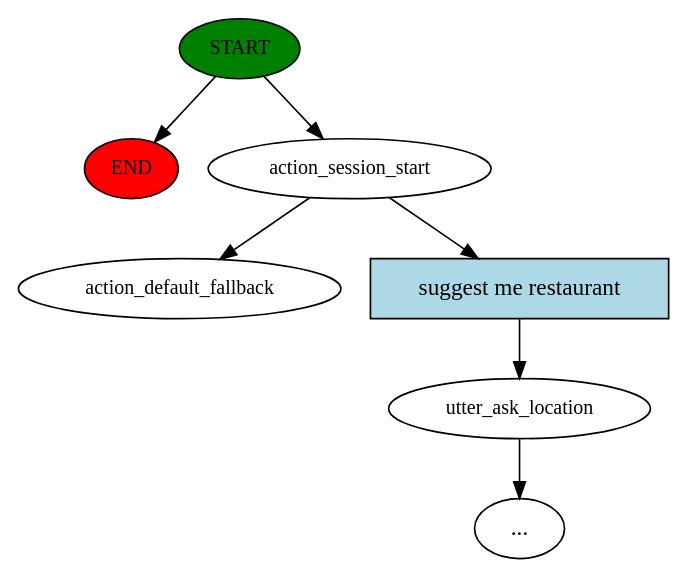
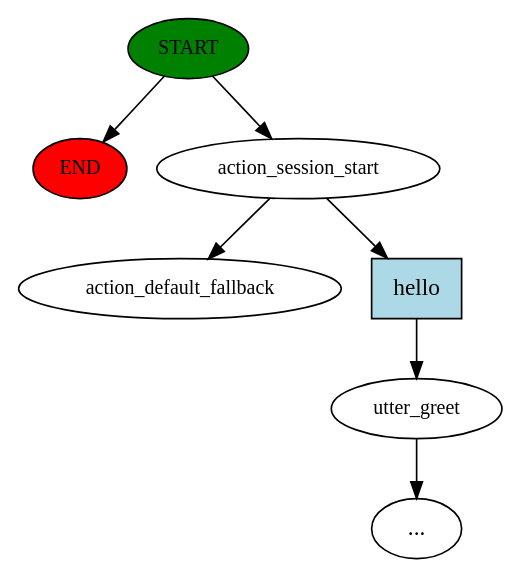
Before and after one commit to ashwanikumar04/rasa-chatbot: the diagram in story_graph.dot, drawn with Graphviz. The commit also changed 9 other files, not shown here.

```diff
--- a/story_graph.dot
+++ b/story_graph.dot
@@ -1,15 +1,15 @@
 digraph  {
 0 [class="start active", fillcolor=green, fontsize=12, label=START, style=filled];
 "-1" [class=end, fillcolor=red, fontsize=12, label=END, style=filled];
 1 [class=active, fontsize=12, label=action_session_start];
-2 [class="", fontsize=12, label=utter_ask_location];
+2 [class="", fontsize=12, label=utter_greet];
 "-3" [class=ellipsis, label="..."];
 4 [class="dashed active", fontsize=12, label=action_default_fallback];
-5 [class=intent, fillcolor=lightblue, label="suggest me restaurant", shape=rect, style=filled];
+5 [class=intent, fillcolor=lightblue, label=hello, shape=rect, style=filled];
 0 -> "-1"  [class="", key=NONE, label=""];
 0 -> 1  [class=active, key=NONE, label=""];
 1 -> 4  [class=active, key=NONE, label=""];
 1 -> 5  [class="", key=0];
 2 -> "-3"  [class="", key=NONE, label=""];
 5 -> 2  [class="", key=0];
 }
```
